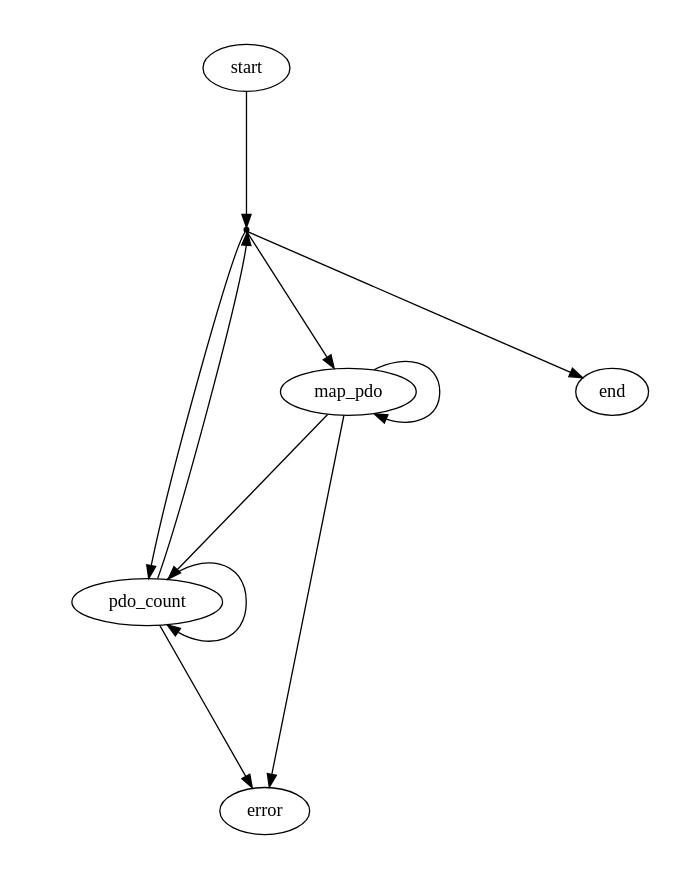
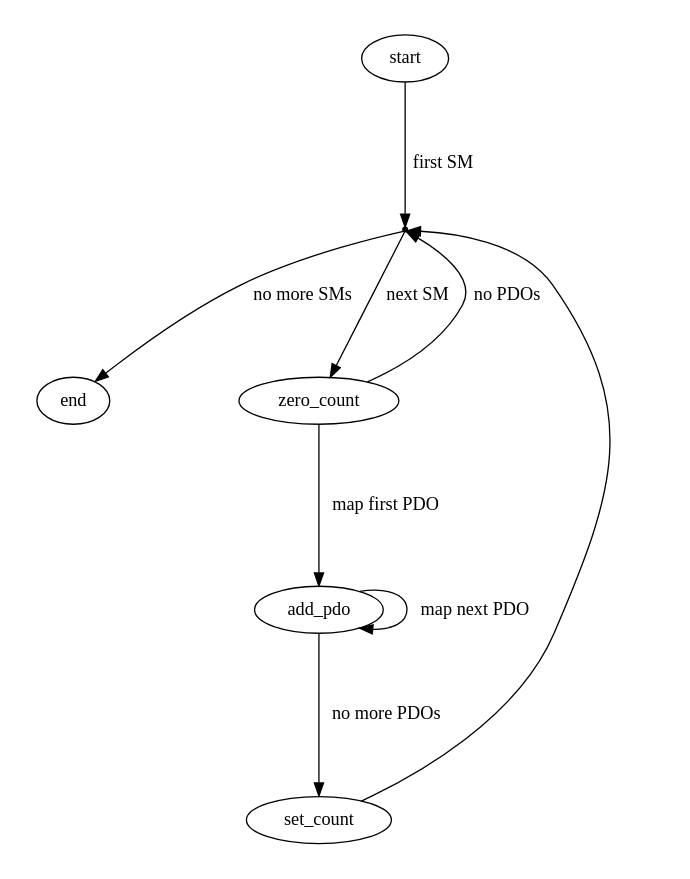
The diagram in documentation/graphs/fsm_pdo_mapping.dot (ribalda/ethercat), drawn with Graphviz before and after one commit.

Commit message:
Improved mapping FSM graph.

```diff
--- a/documentation/graphs/fsm_pdo_mapping.dot
+++ b/documentation/graphs/fsm_pdo_mapping.dot
@@ -1,18 +1,19 @@
+
+/* $Id$ */
+
 digraph pdomapping {
     size="7,9"
     center=1
 	ratio=fill
 
-    enter_map_pdo [shape=point,label=""]
+    next [shape=point,label=""]
 
-    start -> enter_map_pdo
-    enter_map_pdo -> pdo_count
-    enter_map_pdo -> map_pdo
-    enter_map_pdo -> end
-    map_pdo -> map_pdo
-    map_pdo -> error
-    map_pdo -> pdo_count
-    pdo_count -> pdo_count
-    pdo_count -> error
-    pdo_count -> enter_map_pdo
+    start -> next [label="first SM"]
+    next -> end [label="no more SMs"]
+    next -> zero_count [label="next SM"]
+    zero_count -> next [label="no PDOs"]
+    zero_count -> add_pdo [label="map first PDO", weight=5]
+    add_pdo -> add_pdo [label="map next PDO"]
+    add_pdo -> set_count [label="no more PDOs", weight=5]
+    set_count -> next
 }
```
